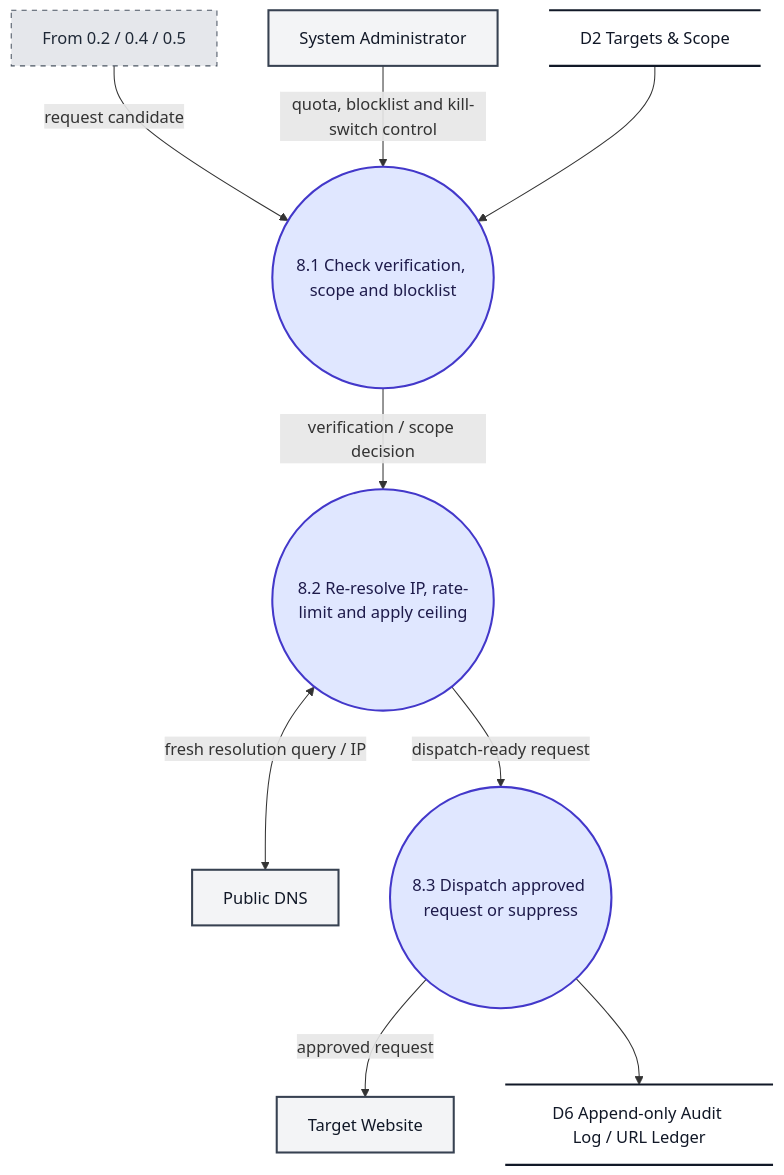
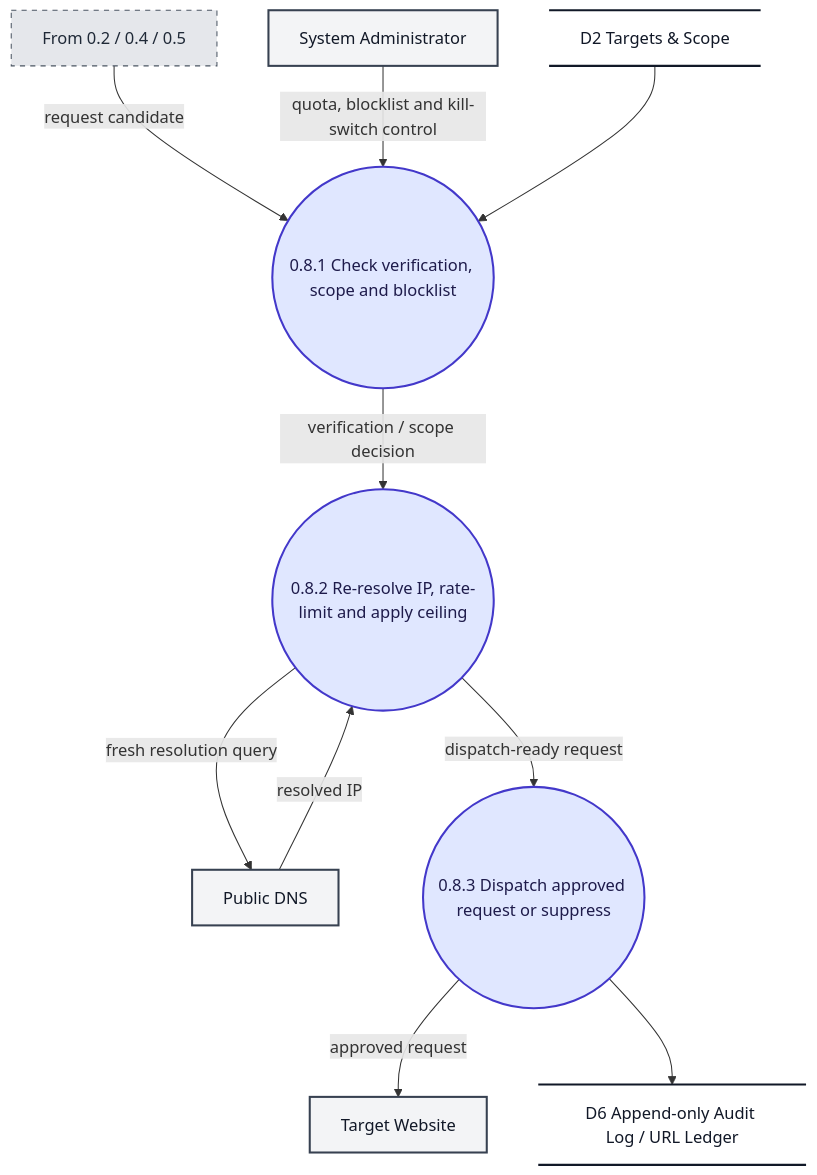
The tenth of 10 diagrams in docs/Website_Vulnerability_Scanner_DFD.md (ksacheth/software-engineering), drawn with Mermaid before and after one commit. The commit also changed other lines of this file and 25 other files, not shown here.

Commit message:
docs(dfd): refine scanner data flow diagrams

````diff
--- a/docs/Website_Vulnerability_Scanner_DFD.md
+++ b/docs/Website_Vulnerability_Scanner_DFD.md
@@ -409,36 +423,37 @@
 ```mermaid
 flowchart TD
     %% Level 2 DFD - F.8 Safety, Auditing and Administration
 
     I_From["From 0.2 / 0.4 / 0.5"]
     Admin["System Administrator"]
     Target["Target Website"]
     DNS["Public DNS"]
 
-    P81(("8.1 Check verification, scope and blocklist"))
-    P82(("8.2 Re-resolve IP, rate-limit and apply ceiling"))
-    P83(("8.3 Dispatch approved request or suppress"))
+    P81(("0.8.1 Check verification, scope and blocklist"))
+    P82(("0.8.2 Re-resolve IP, rate-limit and apply ceiling"))
+    P83(("0.8.3 Dispatch approved request or suppress"))
 
     D2@{ shape: datastore, label: "D2 Targets & Scope" }
     D6@{ shape: datastore, label: "D6 Append-only Audit Log / URL Ledger" }
 
     I_From -->|"request candidate"| P81
     P81 -->|"verification / scope decision"| P82
     P82 -->|"dispatch-ready request"| P83
     P83 -->|"approved request"| Target
 
     Admin -->|"quota, blocklist and kill-switch control"| P81
     D2 --> P81
-    P82 <-->|"fresh resolution query / IP"| DNS
+    P82 -->|"fresh resolution query"| DNS
+    DNS -->|"resolved IP"| P82
     P83 --> D6
 
     %% Styling
     classDef process fill:#e0e7ff,stroke:#4338ca,stroke-width:2px,color:#1e1b4b;
     classDef entity fill:#f3f4f6,stroke:#374151,stroke-width:2px,color:#111827;
     classDef store fill:transparent,stroke:#111827,stroke-width:2px,color:#111827;
     classDef iface fill:#e5e7eb,stroke:#4b5563,stroke-width:1px,stroke-dasharray: 5 5,color:#1f2937;
     class P81,P82,P83 process;
     class Admin,Target,DNS entity;
     class D2,D6 store;
     class I_From iface;
 ```
````
